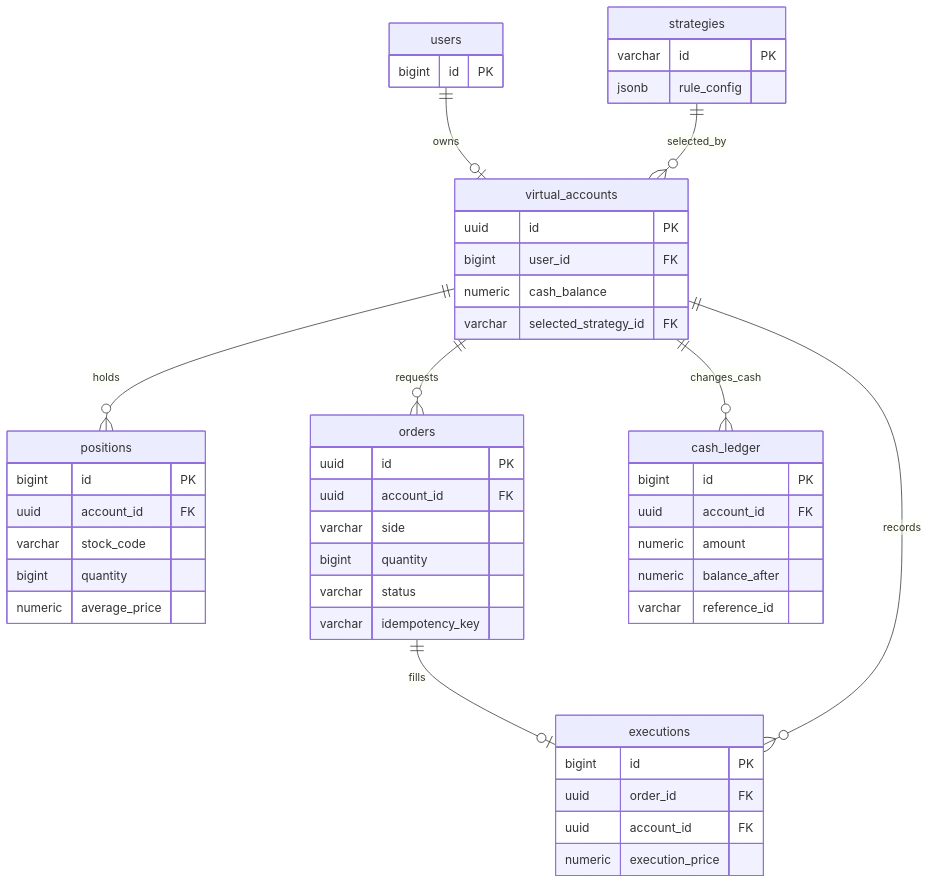
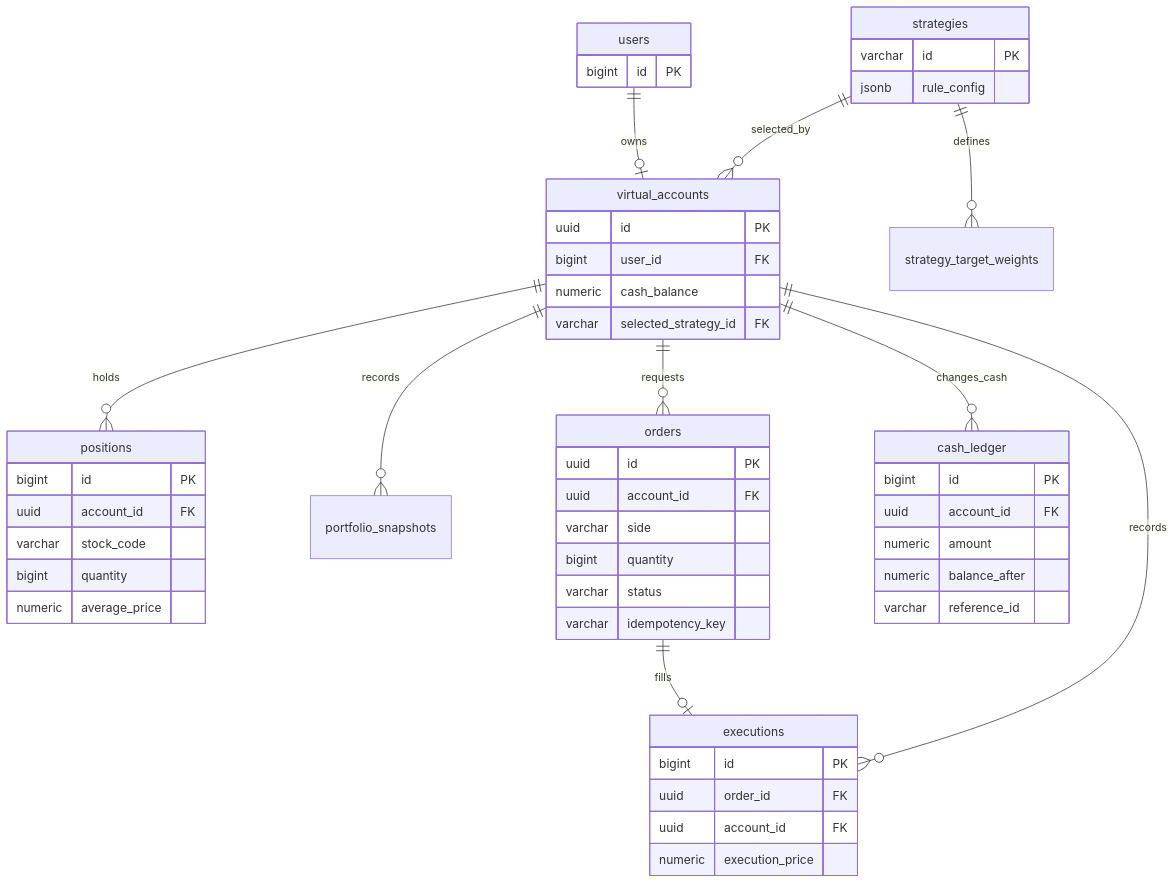
Before and after one commit to SeSAC-3nd-Team1/FEIN-financial-engineering-intelligent-navigation: the diagram in docs/VIRTUAL_TRADING_ERD.md, drawn with Mermaid. The commit also changed 21 other files, not shown here.

````diff
--- a/docs/VIRTUAL_TRADING_ERD.md
+++ b/docs/VIRTUAL_TRADING_ERD.md
@@ -3,18 +3,20 @@
 ```mermaid
 erDiagram
   users ||--o| virtual_accounts : owns
   strategies ||--o{ virtual_accounts : selected_by
   virtual_accounts ||--o{ positions : holds
+  virtual_accounts ||--o{ portfolio_snapshots : records
+  strategies ||--o{ strategy_target_weights : defines
   virtual_accounts ||--o{ orders : requests
   orders ||--o| executions : fills
   virtual_accounts ||--o{ executions : records
   virtual_accounts ||--o{ cash_ledger : changes_cash
 
   users { bigint id PK }
   strategies { varchar id PK jsonb rule_config }
   virtual_accounts { uuid id PK bigint user_id FK numeric cash_balance varchar selected_strategy_id FK }
   positions { bigint id PK uuid account_id FK varchar stock_code bigint quantity numeric average_price }
   orders { uuid id PK uuid account_id FK varchar side bigint quantity varchar status varchar idempotency_key }
   executions { bigint id PK uuid order_id FK uuid account_id FK numeric execution_price }
   cash_ledger { bigint id PK uuid account_id FK numeric amount numeric balance_after varchar reference_id }
 ```
````
